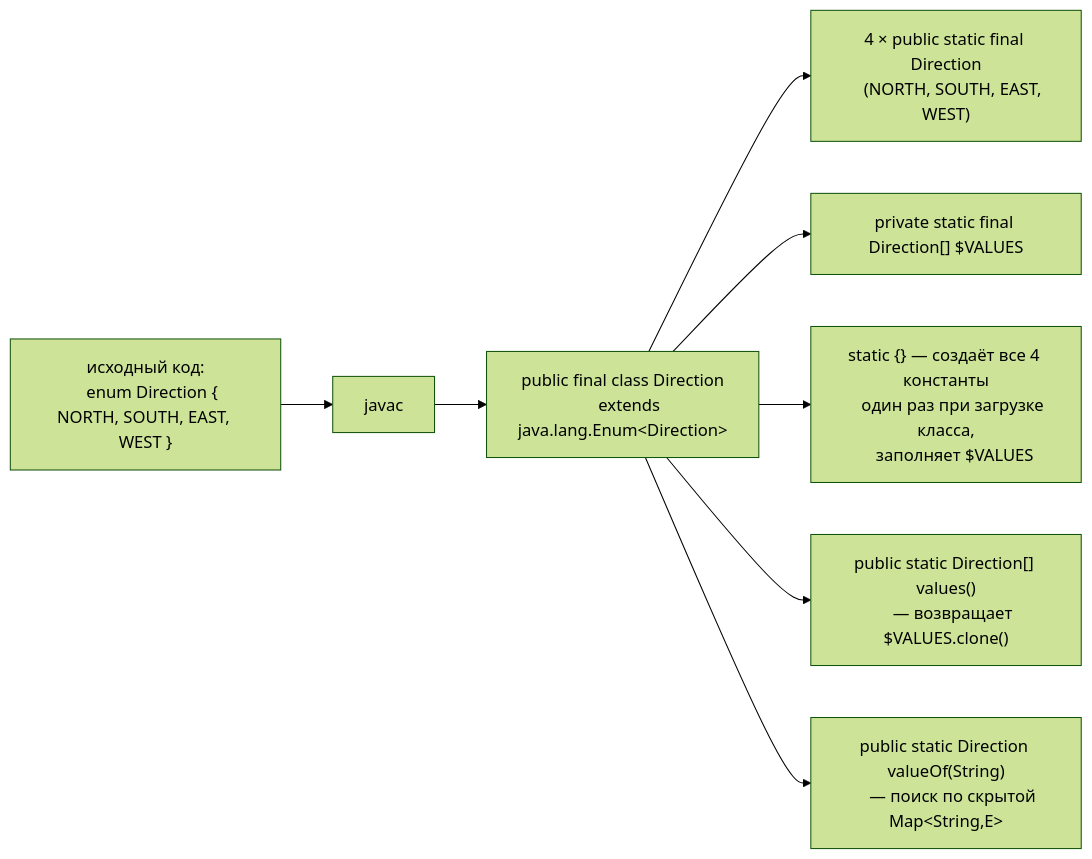
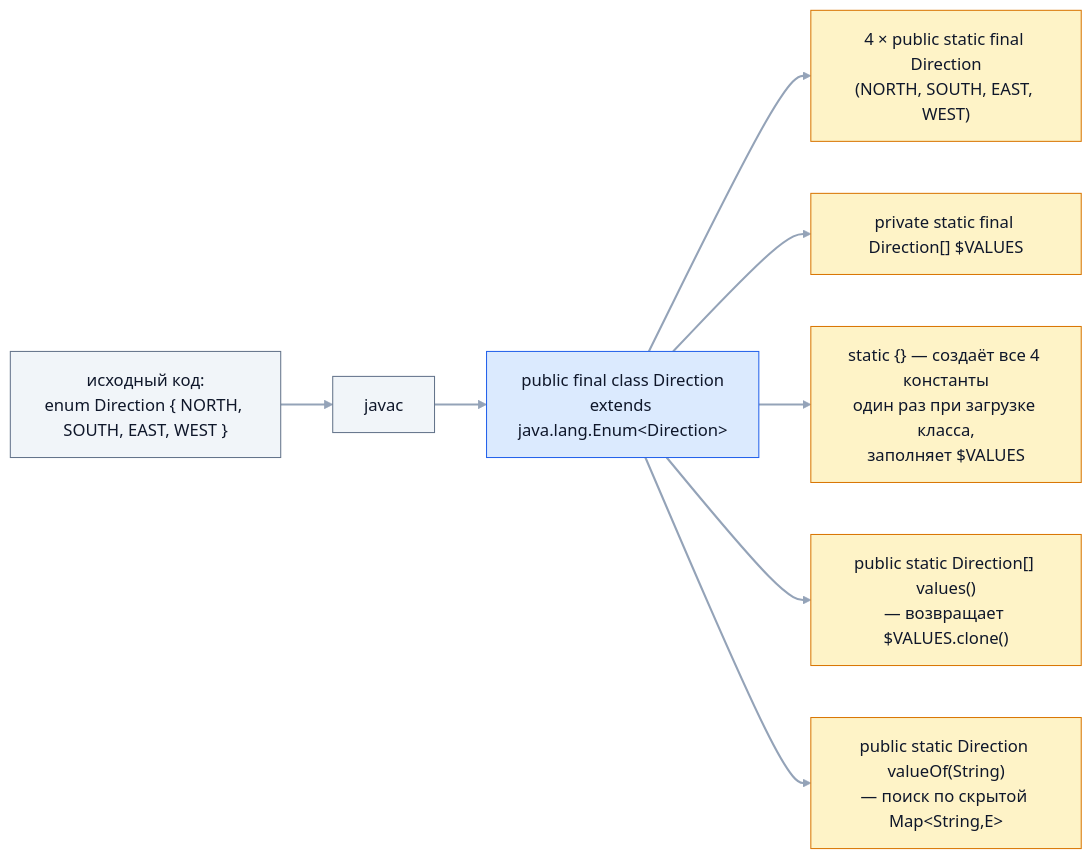
One commit to bogdan111305/java-senior-roadmap changed the diagram in kb/02-java-core/12-enum-and-annotations/01-enum-internals.md. Above: the diagram before and after it, drawn with Mermaid (forest theme). The commit also changed 31 other files, not shown here.

````diff
--- a/kb/02-java-core/12-enum-and-annotations/01-enum-internals.md
+++ b/kb/02-java-core/12-enum-and-annotations/01-enum-internals.md
@@ -50,17 +50,19 @@
 ```mermaid
 flowchart LR
-    A["исходный код:
-    enum Direction { NORTH, SOUTH, EAST, WEST }"] --> B["javac"]
-    B --> C["public final class Direction
-    extends java.lang.Enum&lt;Direction&gt;"]
-    C --> D["4 × public static final Direction
-    (NORTH, SOUTH, EAST, WEST)"]
+    A["исходный код:<br/>enum Direction { NORTH, SOUTH, EAST, WEST }"] --> B["javac"]
+    B --> C["public final class Direction<br/>extends java.lang.Enum&lt;Direction&gt;"]
+    C --> D["4 × public static final Direction<br/>(NORTH, SOUTH, EAST, WEST)"]
     C --> E["private static final Direction[] $VALUES"]
-    C --> F["static {} — создаёт все 4 константы
-    один раз при загрузке класса,
-    заполняет $VALUES"]
-    C --> G["public static Direction[] values()
-    — возвращает $VALUES.clone()"]
-    C --> H["public static Direction valueOf(String)
-    — поиск по скрытой Map&lt;String,E&gt;"]
+    C --> F["static {} — создаёт все 4 константы<br/>один раз при загрузке класса,<br/>заполняет $VALUES"]
+    C --> G["public static Direction[] values()<br/>— возвращает $VALUES.clone()"]
+    C --> H["public static Direction valueOf(String)<br/>— поиск по скрытой Map&lt;String,E&gt;"]
+    classDef main fill:#dbeafe,stroke:#2563eb,color:#0f172a
+    classDef accent fill:#fef3c7,stroke:#d97706,color:#0f172a
+    classDef good fill:#dcfce7,stroke:#16a34a,color:#0f172a
+    classDef muted fill:#f1f5f9,stroke:#64748b,color:#0f172a
+    classDef bad fill:#fee2e2,stroke:#dc2626,color:#0f172a
+    class A,B muted
+    class C main
+    class D,E,F,G,H accent
+    linkStyle default stroke:#94a3b8,stroke-width:2px
 ```
````
